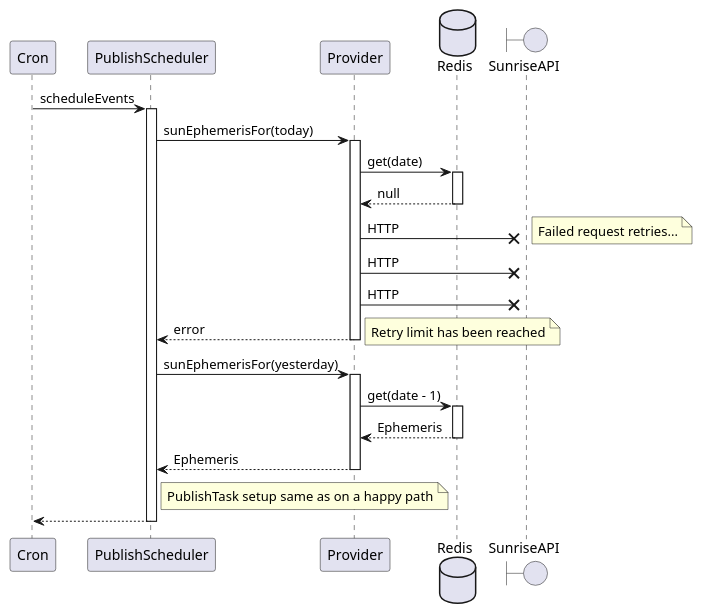
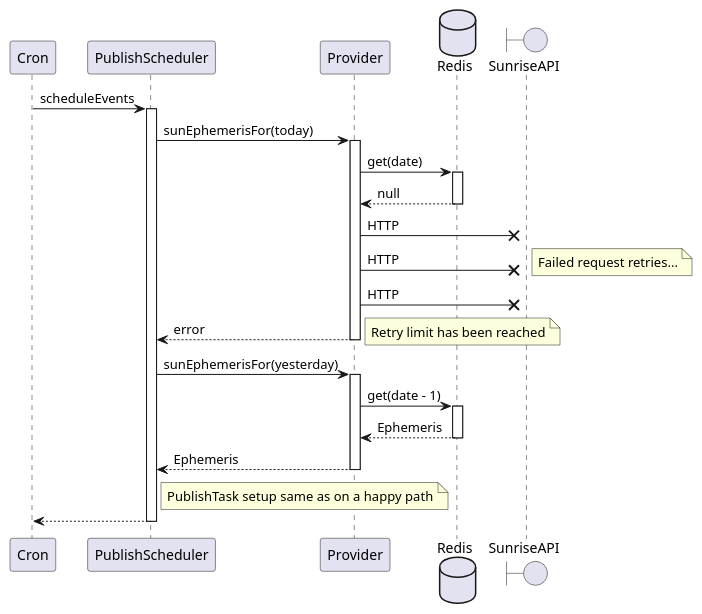
One commit to mwierzchowski/sun-ephemeris changed the diagram in etc/seq-alternate.puml. Above: the diagram before and after it, drawn with PlantUML. The commit also changed other lines of this file, not shown here.

```diff
--- a/etc/seq-alternate.puml
+++ b/etc/seq-alternate.puml
@@ -1,35 +1,35 @@
 @startuml
 
 Cron -> PublishScheduler : scheduleEvents
 activate PublishScheduler
     PublishScheduler -> Provider : sunEphemerisFor(today)
     activate Provider
         database Redis
         Provider -> Redis : get(date)
         activate Redis
             Provider <-- Redis : null
         deactivate Redis
         boundary SunriseAPI
         Provider ->x SunriseAPI : HTTP
+        Provider ->x SunriseAPI : HTTP
         note right : Failed request retries...
-        Provider ->x SunriseAPI : HTTP
         Provider ->x SunriseAPI : HTTP
         PublishScheduler <-- Provider : error
         note right : Retry limit has been reached
     deactivate Provider
 
     PublishScheduler -> Provider : sunEphemerisFor(yesterday)
     activate Provider
         Provider -> Redis : get(date - 1)
         activate Redis
             Provider <-- Redis : Ephemeris
         deactivate Redis
         PublishScheduler <-- Provider : Ephemeris
     deactivate Provider
 
     note right of PublishScheduler : PublishTask setup same as on a happy path
 
     Cron <-- PublishScheduler
 deactivate PublishScheduler
 
 @enduml
```
